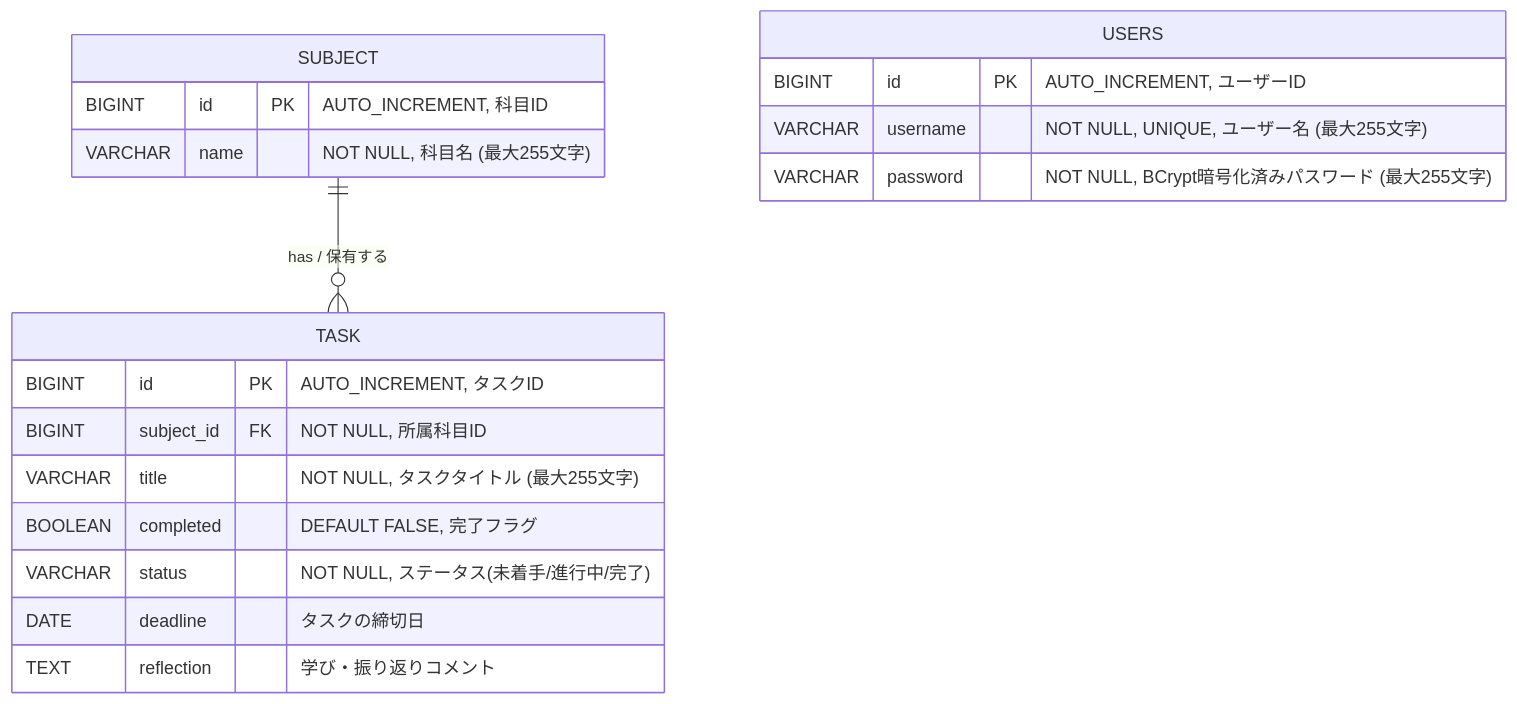
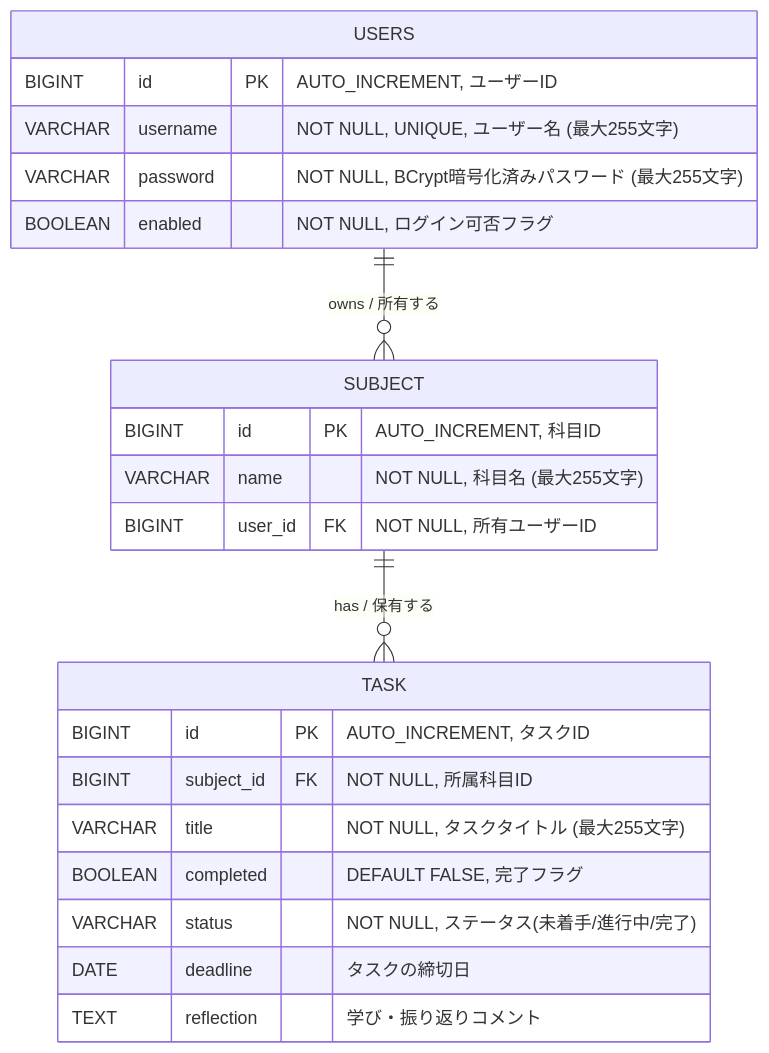
Before and after one commit to taidonn1216/java-study-tracker: the diagram in docs/er-diagram.md, drawn with Mermaid. The commit also changed other lines of this file and 9 other files, not shown here.

````diff
--- a/docs/er-diagram.md
+++ b/docs/er-diagram.md
@@ -17,24 +17,27 @@
 ```mermaid
 erDiagram
+     USERS {
+        BIGINT id PK "AUTO_INCREMENT, ユーザーID"
+        VARCHAR username "NOT NULL, UNIQUE, ユーザー名 (最大255文字)"
+        VARCHAR password "NOT NULL, BCrypt暗号化済みパスワード (最大255文字)"
+        BOOLEAN enabled "NOT NULL, ログイン可否フラグ"
+    }
+
     SUBJECT {
         BIGINT id PK "AUTO_INCREMENT, 科目ID"
         VARCHAR name "NOT NULL, 科目名 (最大255文字)"
+        BIGINT user_id FK "NOT NULL, 所有ユーザーID"
     }
 
     TASK {
         BIGINT id PK "AUTO_INCREMENT, タスクID"
         BIGINT subject_id FK "NOT NULL, 所属科目ID"
         VARCHAR title "NOT NULL, タスクタイトル (最大255文字)"
         BOOLEAN completed "DEFAULT FALSE, 完了フラグ"
         VARCHAR status "NOT NULL, ステータス(未着手/進行中/完了)"
         DATE deadline "タスクの締切日"
         TEXT reflection "学び・振り返りコメント"
     }
-    USERS {
-        BIGINT id PK "AUTO_INCREMENT, ユーザーID"
-        VARCHAR username "NOT NULL, UNIQUE, ユーザー名 (最大255文字)"
-        VARCHAR password "NOT NULL, BCrypt暗号化済みパスワード (最大255文字)"
-    }
-
+    USERS ||--o{ SUBJECT : "owns / 所有する"
     SUBJECT ||--o{ TASK : "has / 保有する"
 ```
````
